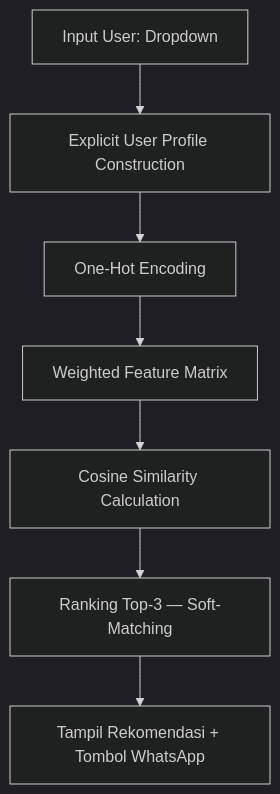
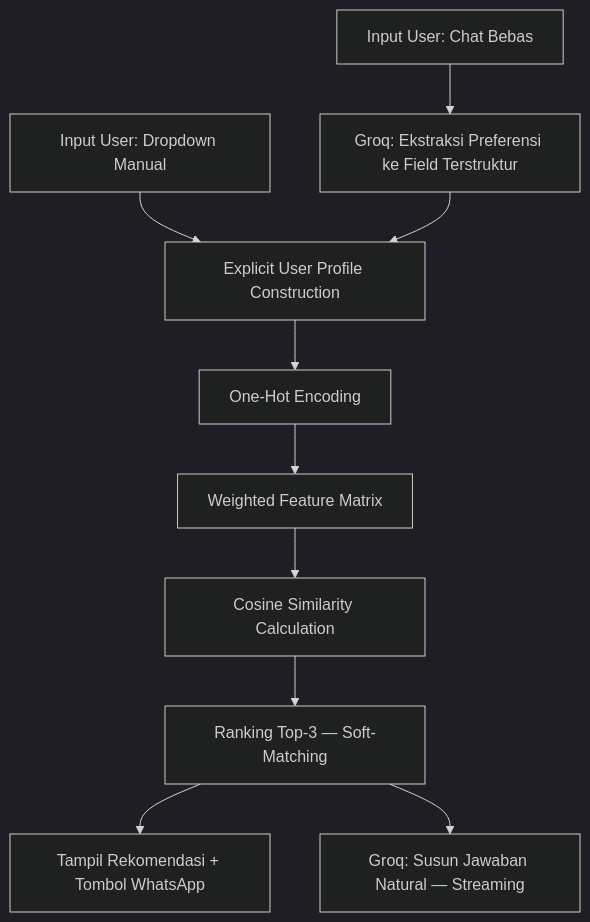
One commit to kadeksavitady/Personalized-Gift-Finder changed the diagram in README.md. Above: the diagram before and after it, drawn with Mermaid (dark theme). The commit also changed other lines of this file, not shown here.

````diff
--- a/README.md
+++ b/README.md
@@ -28,9 +34,12 @@
 ```mermaid
 graph TD
-    Input[Input User: Dropdown] --> Profile[Explicit User Profile Construction]
+    InputManual[Input User: Dropdown Manual] --> Profile[Explicit User Profile Construction]
+    InputChat[Input User: Chat Bebas] --> Extract[Groq: Ekstraksi Preferensi ke Field Terstruktur]
+    Extract --> Profile
     Profile --> Encoding[One-Hot Encoding]
     Encoding --> Weight[Weighted Feature Matrix]
     Weight --> Cosine[Cosine Similarity Calculation]
     Cosine --> Ranking[Ranking Top-3 — Soft-Matching]
     Ranking --> Output[Tampil Rekomendasi + Tombol WhatsApp]
+    Ranking --> ChatReply[Groq: Susun Jawaban Natural — Streaming]
 ```
````
